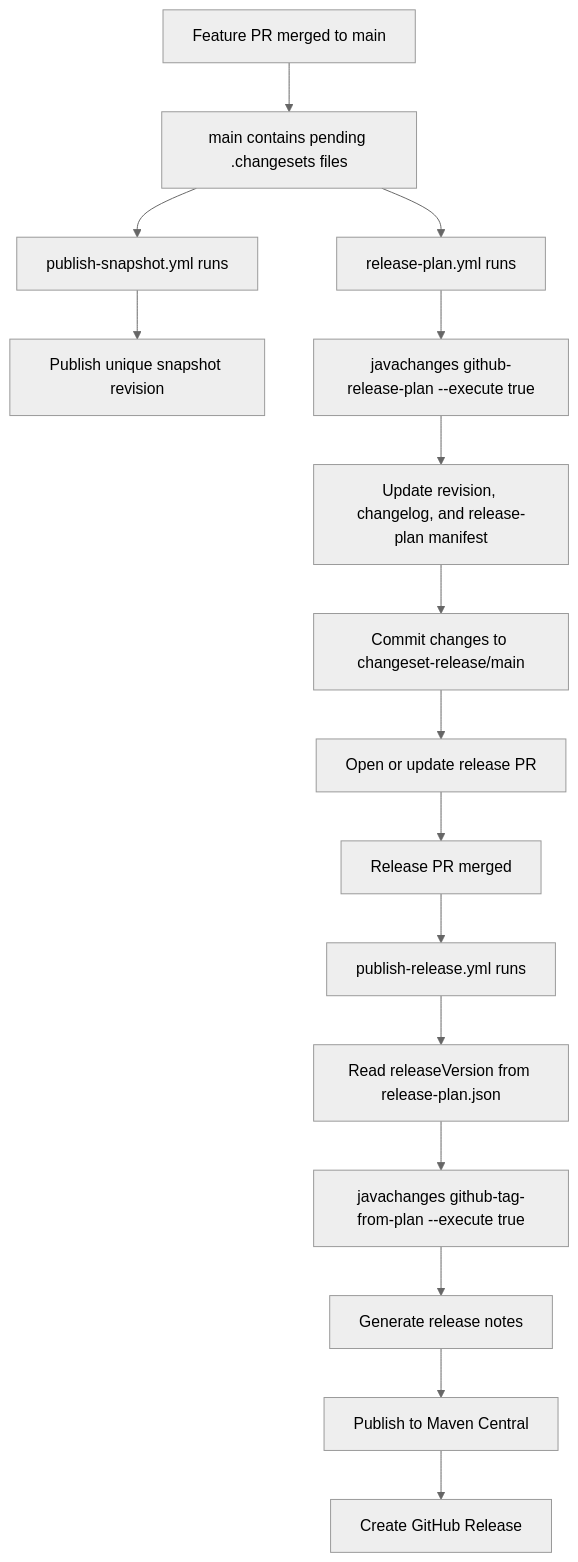
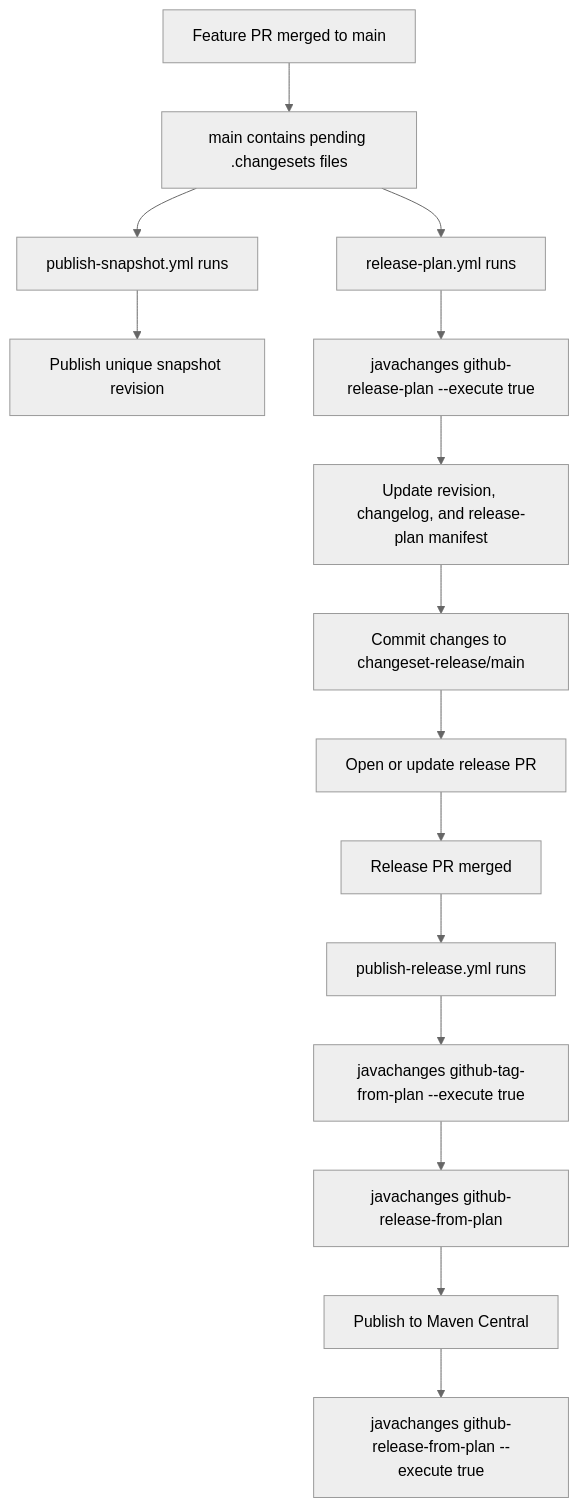
The diagram in docs/github-actions-release.md (sonofmagic/javachanges), drawn with Mermaid (neutral theme) before and after one commit. The commit also changed other lines of this file and 13 other files, not shown here.

Commit message:
feat: simplify github release metadata sync

````diff
--- a/docs/github-actions-release.md
+++ b/docs/github-actions-release.md
@@ -21,18 +21,17 @@
 ```mermaid
 flowchart TD
   A[Feature PR merged to main] --> B[main contains pending .changesets files]
   B --> C[release-plan.yml runs]
   B --> S[publish-snapshot.yml runs]
   S --> T[Publish unique snapshot revision]
   C --> D[javachanges github-release-plan --execute true]
   D --> E[Update revision, changelog, and release-plan manifest]
   E --> F[Commit changes to changeset-release/main]
   F --> G[Open or update release PR]
   G --> H[Release PR merged]
   H --> I[publish-release.yml runs]
-  I --> J[Read releaseVersion from release-plan.json]
-  J --> K[javachanges github-tag-from-plan --execute true]
-  K --> L[Generate release notes]
-  L --> M[Publish to Maven Central]
-  M --> N[Create GitHub Release]
+  I --> J[javachanges github-tag-from-plan --execute true]
+  J --> K[javachanges github-release-from-plan]
+  K --> L[Publish to Maven Central]
+  L --> M[javachanges github-release-from-plan --execute true]
 ```
````
